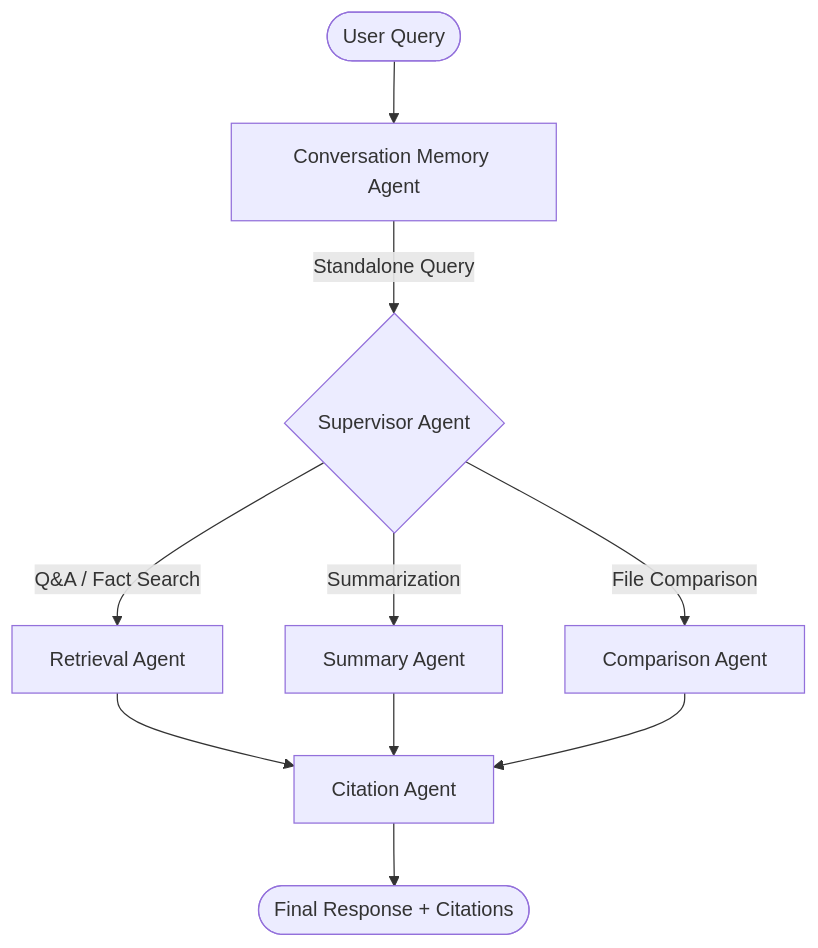
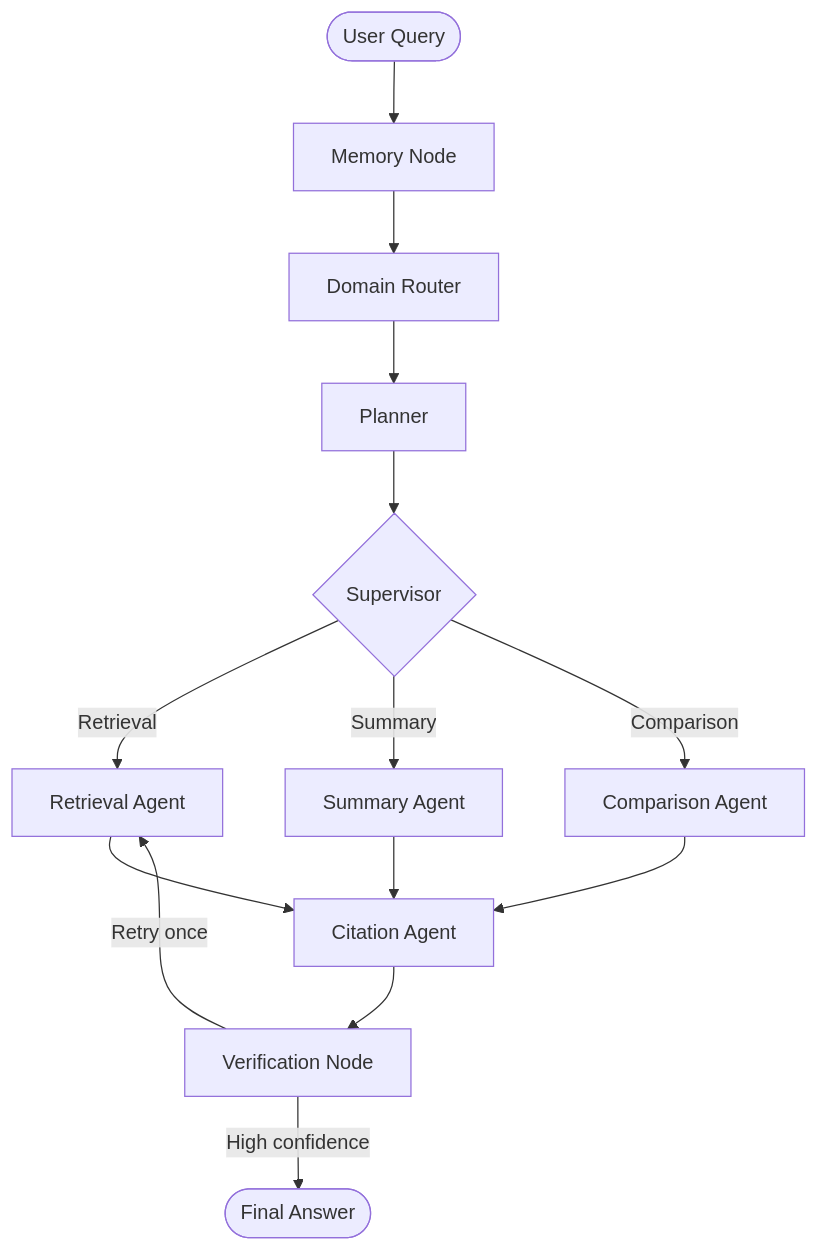
Before and after one commit to shiga2006/chatPDF: the diagram in README.md, drawn with Mermaid. The commit also changed other lines of this file and 3 other files, not shown here.

````diff
--- a/README.md
+++ b/README.md
@@ -11,15 +11,19 @@
 ```mermaid
 graph TD
-    User([User Query]) --> MemoryNode[Conversation Memory Agent]
-    MemoryNode -->|Standalone Query| Supervisor{Supervisor Agent}
-    
-    Supervisor -->|Q&A / Fact Search| RetrievalAgent[Retrieval Agent]
-    Supervisor -->|Summarization| SummaryAgent[Summary Agent]
-    Supervisor -->|File Comparison| ComparisonAgent[Comparison Agent]
-    
-    RetrievalAgent --> CitationAgent[Citation Agent]
-    SummaryAgent --> CitationAgent
-    ComparisonAgent --> CitationAgent
-    
-    CitationAgent --> FinalAnswer([Final Response + Citations])
+   User([User Query]) --> MemoryNode[Memory Node]
+   MemoryNode --> Router[Domain Router]
+   Router --> Planner[Planner]
+   Planner --> Supervisor{Supervisor}
+
+   Supervisor -->|Retrieval| RetrievalAgent[Retrieval Agent]
+   Supervisor -->|Summary| SummaryAgent[Summary Agent]
+   Supervisor -->|Comparison| ComparisonAgent[Comparison Agent]
+
+   RetrievalAgent --> CitationAgent[Citation Agent]
+   SummaryAgent --> CitationAgent
+   ComparisonAgent --> CitationAgent
+
+   CitationAgent --> Verification[Verification Node]
+   Verification -->|High confidence| FinalAnswer([Final Answer])
+   Verification -->|Retry once| RetrievalAgent
 ```
````
